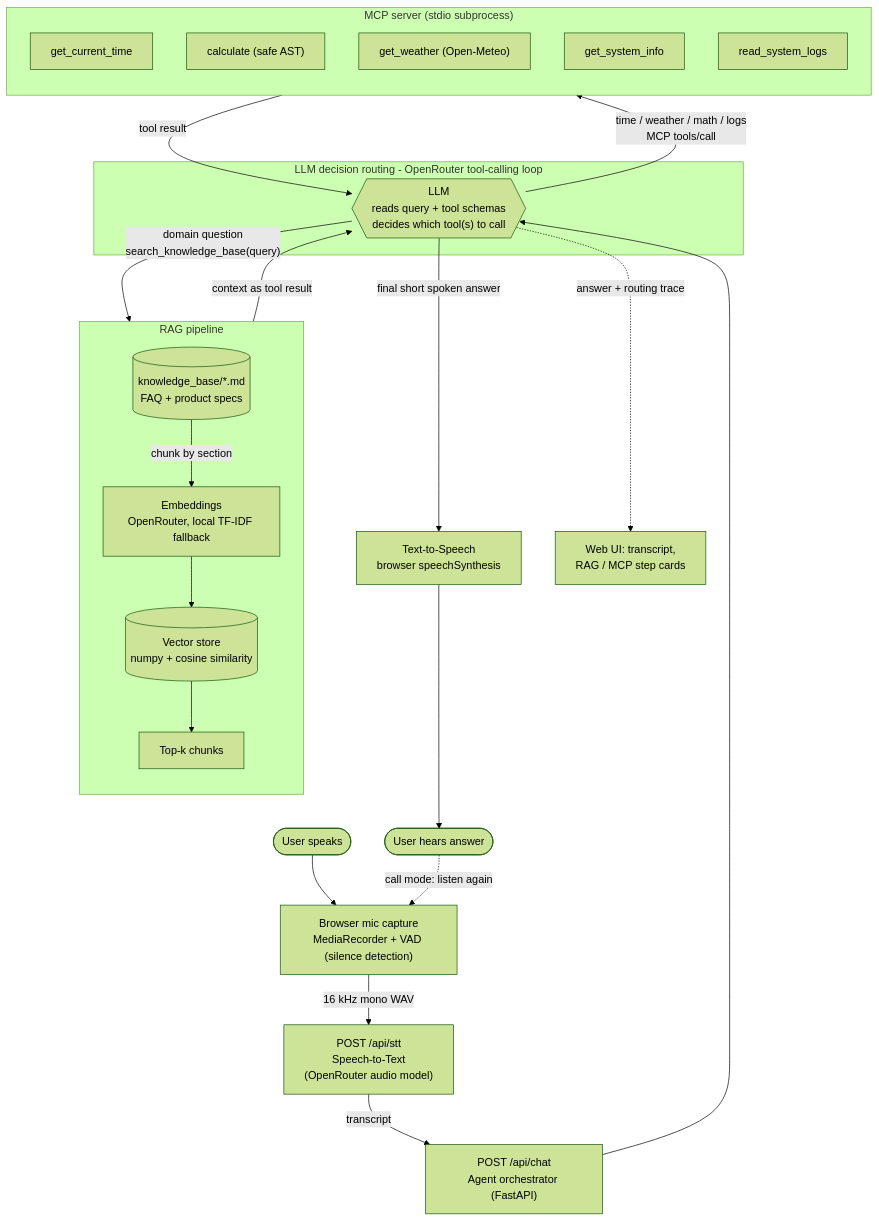
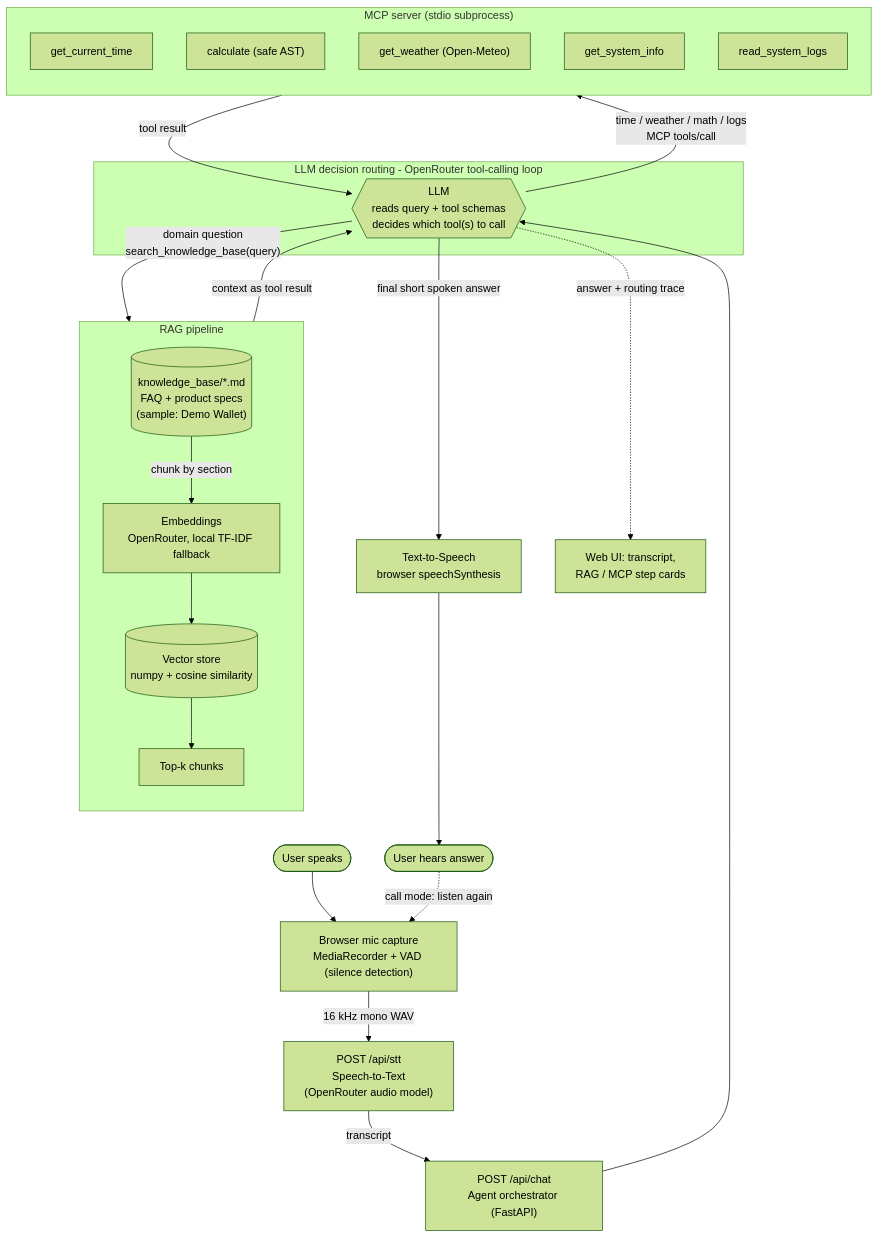
The diagram in docs/HLD.md (molshreepandey/kyte-Ai-agent), drawn with Mermaid (forest theme) before and after one commit. The commit also changed 16 other files, not shown here.

First line of the commit message:
Phase 1: rebrand to AI Voice Agent; Demo Wallet sample knowledge base

````diff
--- a/docs/HLD.md
+++ b/docs/HLD.md
@@ -3,37 +3,37 @@
 ```mermaid
 flowchart TD
     U([User speaks]) --> MIC["Browser mic capture<br/>MediaRecorder + VAD (silence detection)"]
     MIC -->|"16 kHz mono WAV"| STT["POST /api/stt<br/>Speech-to-Text<br/>(OpenRouter audio model)"]
     STT -->|transcript| CHAT["POST /api/chat<br/>Agent orchestrator (FastAPI)"]
 
     subgraph BRAIN["LLM decision routing  -  OpenRouter tool-calling loop"]
         LLM{{"LLM<br/>reads query + tool schemas<br/>decides which tool(s) to call"}}
     end
     CHAT --> LLM
 
     LLM -->|"domain question<br/>search_knowledge_base(query)"| RAG
     LLM -->|"time / weather / math / logs<br/>MCP tools/call"| MCP
 
     subgraph RAG["RAG pipeline"]
         direction TB
-        KB[("knowledge_base/*.md<br/>FAQ + product specs")] -->|"chunk by section"| EMB["Embeddings<br/>OpenRouter, local TF-IDF fallback"]
+        KB[("knowledge_base/*.md<br/>FAQ + product specs<br/>(sample: Demo Wallet)")] -->|"chunk by section"| EMB["Embeddings<br/>OpenRouter, local TF-IDF fallback"]
         EMB --> VS[("Vector store<br/>numpy + cosine similarity")]
         VS --> TOPK["Top-k chunks"]
     end
 
     subgraph MCP["MCP server (stdio subprocess)"]
         direction TB
         T1["get_current_time"]
         T2["calculate (safe AST)"]
         T3["get_weather (Open-Meteo)"]
         T4["get_system_info"]
         T5["read_system_logs"]
     end
 
     TOPK -->|"context as tool result"| LLM
     MCP -->|"tool result"| LLM
     LLM -->|"final short spoken answer"| TTS["Text-to-Speech<br/>browser speechSynthesis"]
     TTS --> OUT([User hears answer])
     LLM -.->|"answer + routing trace"| UI["Web UI: transcript,<br/>RAG / MCP step cards"]
     OUT -. "call mode: listen again" .-> MIC
 ```
````
